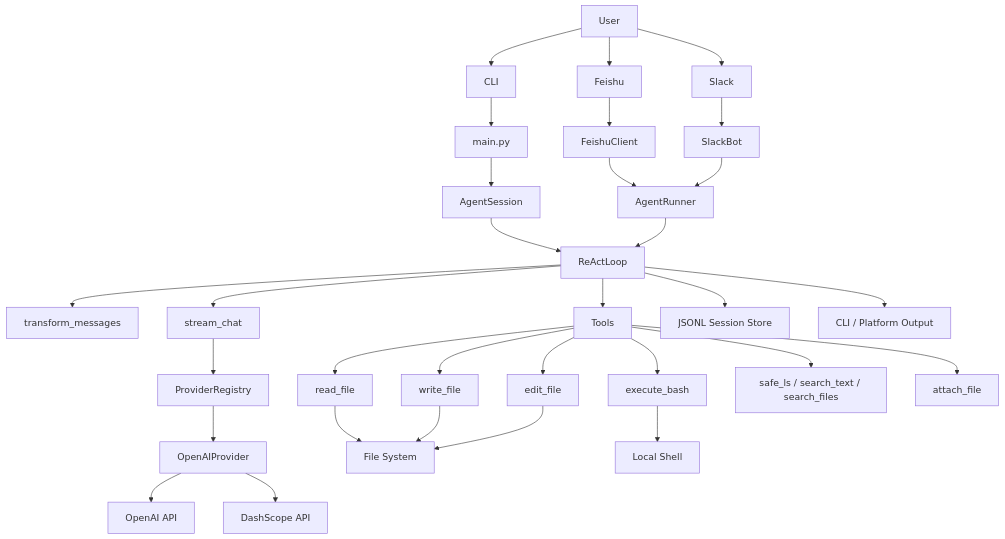
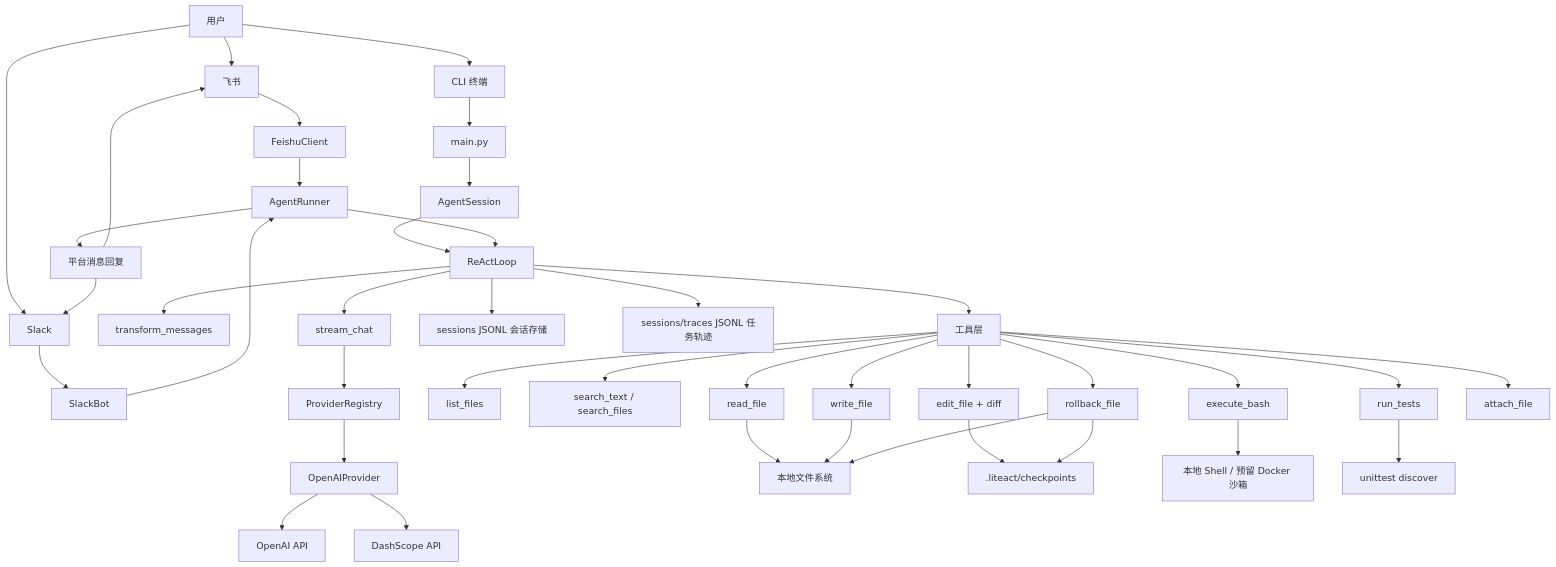
The diagram in README.md (Iterate101/liteact-agent), drawn with Mermaid before and after one commit. The commit also changed other lines of this file and 30 other files, not shown here.

Commit message:
Update LiteAct Agent runtime

````diff
--- a/README.md
+++ b/README.md
@@ -180,40 +253,49 @@
 ```mermaid
 flowchart TD
-    User["User"] --> CLI["CLI"]
-    User --> Feishu["Feishu"]
+    User["用户"] --> CLI["CLI 终端"]
+    User --> Feishu["飞书"]
     User --> Slack["Slack"]
 
     CLI --> Main["main.py"]
     Main --> AgentSession["AgentSession"]
 
     Feishu --> FeishuClient["FeishuClient"]
     Slack --> SlackBot["SlackBot"]
     FeishuClient --> AgentRunner["AgentRunner"]
     SlackBot --> AgentRunner
 
     AgentSession --> ReActLoop["ReActLoop"]
     AgentRunner --> ReActLoop
 
     ReActLoop --> Transformer["transform_messages"]
     ReActLoop --> StreamChat["stream_chat"]
     StreamChat --> Registry["ProviderRegistry"]
     Registry --> Provider["OpenAIProvider"]
     Provider --> OpenAI["OpenAI API"]
     Provider --> DashScope["DashScope API"]
 
-    ReActLoop --> Tools["Tools"]
+    ReActLoop --> Tools["工具层"]
+    Tools --> ListFiles["list_files"]
+    Tools --> Search["search_text / search_files"]
     Tools --> Reader["read_file"]
     Tools --> Writer["write_file"]
-    Tools --> Editor["edit_file"]
+    Tools --> Editor["edit_file + diff"]
+    Tools --> Rollback["rollback_file"]
     Tools --> Bash["execute_bash"]
-    Tools --> Search["safe_ls / search_text / search_files"]
+    Tools --> Tests["run_tests"]
     Tools --> Attach["attach_file"]
 
-    Reader --> FS["File System"]
+    Reader --> FS["本地文件系统"]
     Writer --> FS
-    Editor --> FS
-    Bash --> Shell["Local Shell"]
+    Editor --> CheckpointStore[".liteact/checkpoints"]
+    Rollback --> CheckpointStore
+    Rollback --> FS
+    Bash --> Shell["本地 Shell / 预留 Docker 沙箱"]
+    Tests --> UnitTest["unittest discover"]
 
-    ReActLoop --> SessionStore["JSONL Session Store"]
-    ReActLoop --> Output["CLI / Platform Output"]
+    ReActLoop --> SessionStore["sessions JSONL 会话存储"]
+    ReActLoop --> TraceStore["sessions/traces JSONL 任务轨迹"]
+    AgentRunner --> PlatformReply["平台消息回复"]
+    PlatformReply --> Feishu
+    PlatformReply --> Slack
 ```
````
